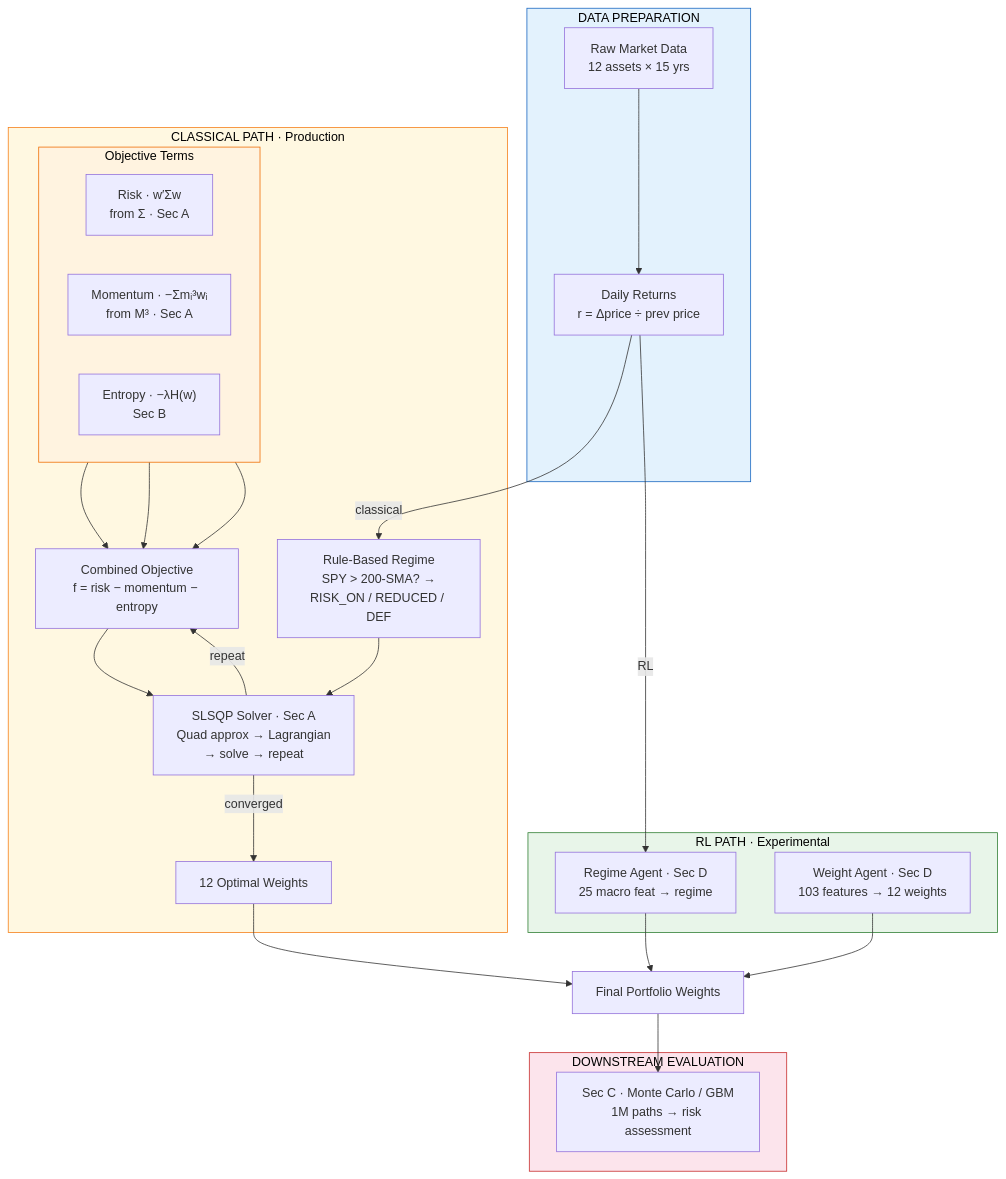
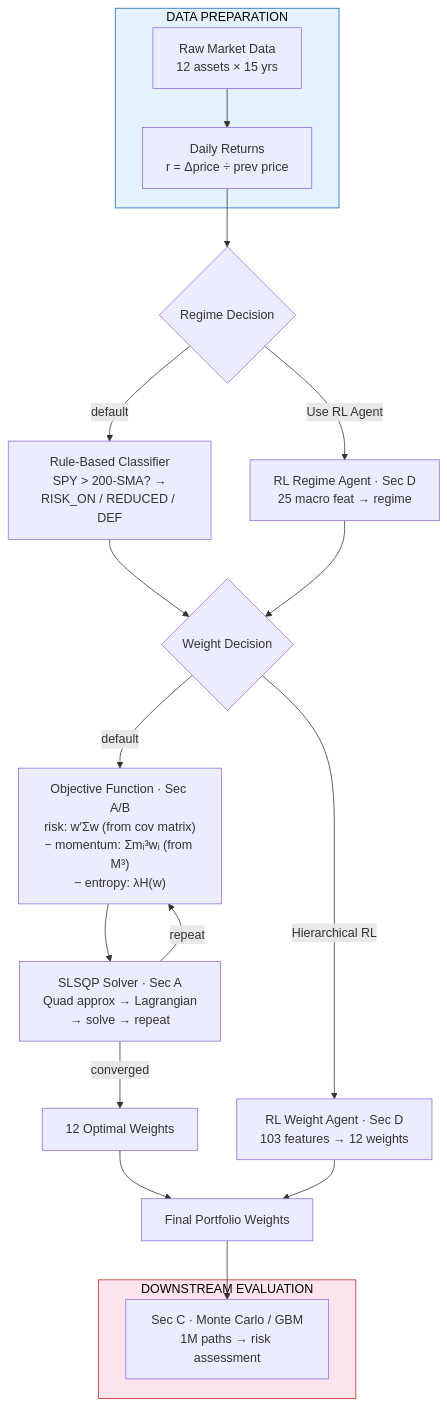
One commit to Guannings/alpha_dual_engine changed the diagram in README.md. Above: the diagram before and after it, drawn with Mermaid. The commit also changed other lines of this file, not shown here.

Commit message:
Restructure flowchart and toggle table to match actual Streamlit UI
The system is a single pipeline with two swappable stages, not two
parallel paths. Redesigned flowchart with decision diamonds matching
the real toggles: 'Use RL Agent (PPO)' swaps regime only, 'Use
Hierarchical RL' swaps weights only (regime agent is bypassed).
Fixed the config table from wrong 4-combo grid to the actual 3
configurations. Noted hierarchical takes precedence if both are on.

````diff
--- a/README.md
+++ b/README.md
@@ -1067,54 +1067,35 @@
 ```mermaid
 graph TD
     subgraph DATA ["DATA PREPARATION"]
         RAW["Raw Market Data<br/>12 assets × 15 yrs"]
         RET["Daily Returns<br/>r = Δprice ÷ prev price"]
     end
 
     RAW --> RET
 
-    subgraph CLASSICAL ["CLASSICAL PATH · Production"]
-        REG_C["Rule-Based Regime<br/>SPY > 200-SMA? →<br/>RISK_ON / REDUCED / DEF"]
-        subgraph TERMS ["Objective Terms"]
-            direction LR
-            RISK["Risk · w′Σw<br/>from Σ · Sec A"]
-            MOMENT["Momentum · −Σmᵢ³wᵢ<br/>from M³ · Sec A"]
-            ENTROPY["Entropy · −λH(w)<br/>Sec B"]
-        end
-        OBJ["Combined Objective<br/>f = risk − momentum − entropy"]
-        ITER["SLSQP Solver · Sec A<br/>Quad approx → Lagrangian<br/>→ solve → repeat"]
-        W_C["12 Optimal Weights"]
-    end
+    RET --> REG{"Regime Decision"}
+    REG -->|"default"| REG_C["Rule-Based Classifier<br/>SPY > 200-SMA? →<br/>RISK_ON / REDUCED / DEF"]
+    REG -->|"Use RL Agent"| REG_R["RL Regime Agent · Sec D<br/>25 macro feat → regime"]
 
-    subgraph RL_PATH ["RL PATH · Experimental"]
-        REG_R["Regime Agent · Sec D<br/>25 macro feat → regime"]
-        W_R["Weight Agent · Sec D<br/>103 features → 12 weights"]
-    end
+    REG_C --> WGT{"Weight Decision"}
+    REG_R --> WGT
 
-    RET -->|"classical"| REG_C
-    RET -->|"RL"| REG_R
+    WGT -->|"default"| OBJ["Objective Function · Sec A/B<br/>risk: w′Σw (from cov matrix)<br/>− momentum: Σmᵢ³wᵢ (from M³)<br/>− entropy: λH(w)"]
+    WGT -->|"Hierarchical RL"| W_R["RL Weight Agent · Sec D<br/>103 features → 12 weights"]
 
-    RISK --> OBJ
-    MOMENT --> OBJ
-    ENTROPY --> OBJ
-    REG_C --> ITER
-    OBJ --> ITER
-    ITER -->|"converged"| W_C
+    OBJ --> ITER["SLSQP Solver · Sec A<br/>Quad approx → Lagrangian<br/>→ solve → repeat"]
+    ITER -->|"converged"| W_C["12 Optimal Weights"]
     ITER -->|"repeat"| OBJ
 
     W_C --> FINAL["Final Portfolio Weights"]
-    REG_R --> FINAL
     W_R --> FINAL
 
     subgraph DOWN ["DOWNSTREAM EVALUATION"]
         MC["Sec C · Monte Carlo / GBM<br/>1M paths → risk assessment"]
     end
 
     FINAL --> MC
 
     style DATA fill:#e3f2fd,stroke:#1565c0,color:#000
-    style CLASSICAL fill:#fff8e1,stroke:#f57f17,color:#000
-    style TERMS fill:#fff3e0,stroke:#ef6c00,color:#000
-    style RL_PATH fill:#e8f5e9,stroke:#2e7d32,color:#000
     style DOWN fill:#fce4ec,stroke:#c62828,color:#000
 ```
````
